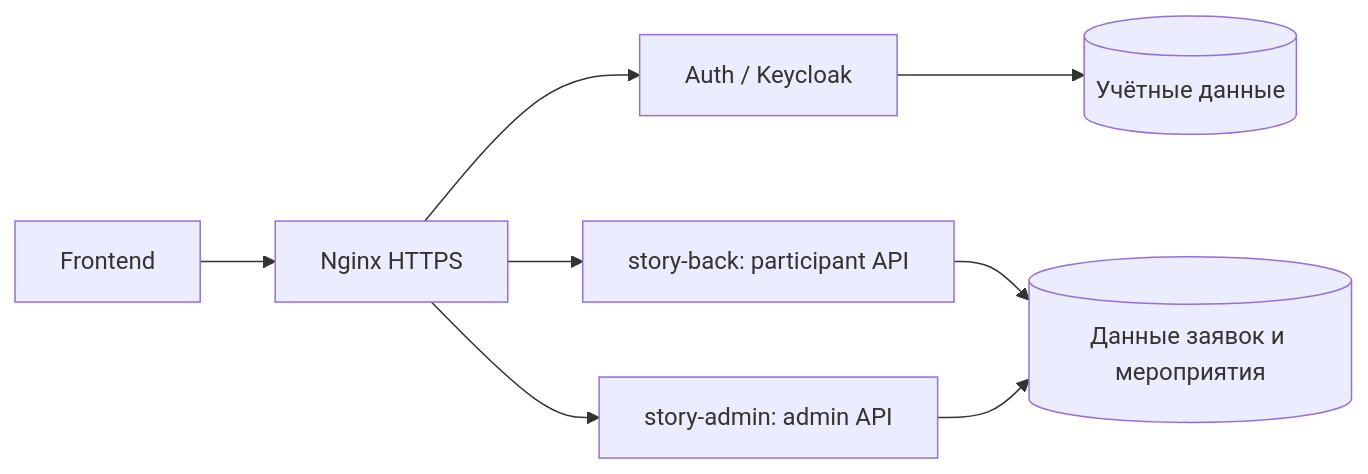
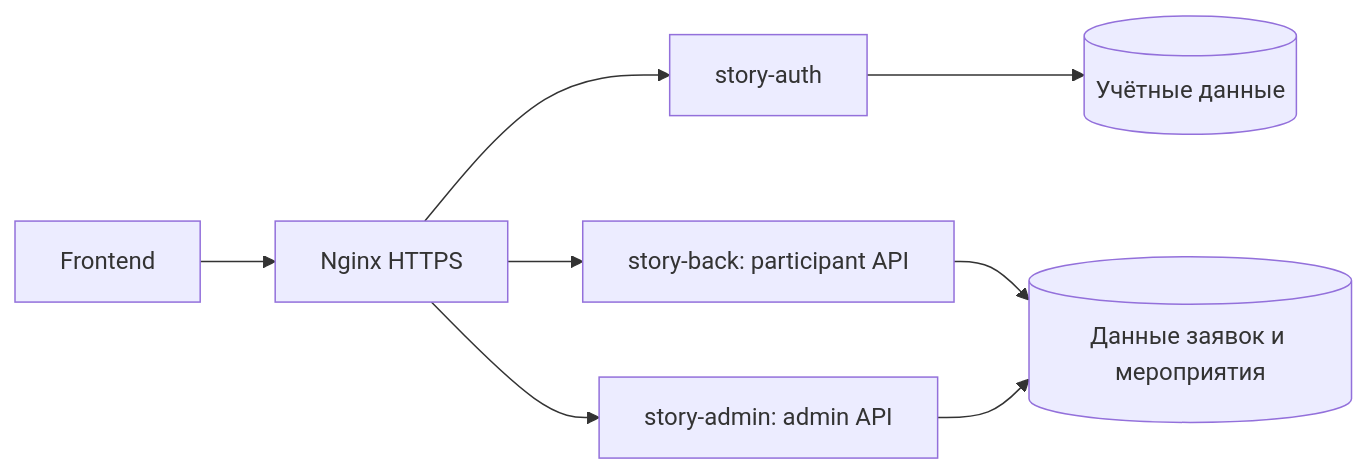
The diagram in docs/architecture/roadmap.md (Its-Fine/story-project), drawn with Mermaid before and after one commit. The commit also changed other lines of this file and 16 other files, not shown here.

````diff
--- a/docs/architecture/roadmap.md
+++ b/docs/architecture/roadmap.md
@@ -55,10 +55,10 @@
 ```mermaid
 flowchart LR
   Browser[Frontend] --> Gateway[Nginx HTTPS]
-  Gateway --> Identity[Auth / Keycloak]
+  Gateway --> Identity[story-auth]
   Gateway --> Participant[story-back: participant API]
   Gateway --> Admin[story-admin: admin API]
   Participant --> Domain[(Данные заявок и мероприятия)]
   Admin --> Domain
   Identity --> Identities[(Учётные данные)]
 ```
````
